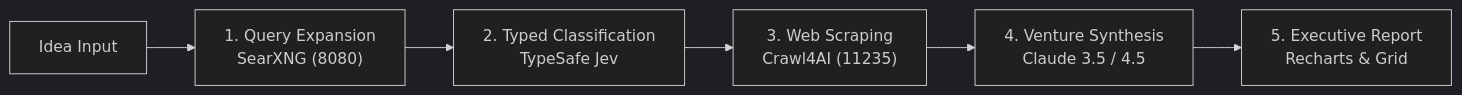
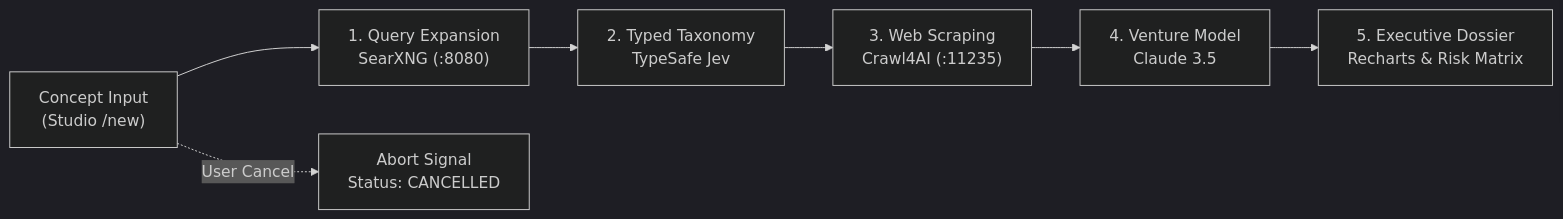
The diagram in README.md (Yashvir-13/sira), drawn with Mermaid (dark theme) before and after one commit. The commit also changed other lines of this file and 8 other files, not shown here.

````diff
--- a/README.md
+++ b/README.md
@@ -45,8 +64,10 @@
 ```mermaid
 flowchart LR
-    A["Idea Input"] --> B["1. Query Expansion<br/>SearXNG (8080)"]
-    B --> C["2. Typed Classification<br/>TypeSafe Jev"]
-    C --> D["3. Web Scraping<br/>Crawl4AI (11235)"]
-    D --> E["4. Venture Synthesis<br/>Claude 3.5 / 4.5"]
-    E --> F["5. Executive Report<br/>Recharts & Grid"]
+    A["Concept Input<br/>(Studio /new)"] --> B["1. Query Expansion<br/>SearXNG (:8080)"]
+    B --> C["2. Typed Taxonomy<br/>TypeSafe Jev"]
+    C --> D["3. Web Scraping<br/>Crawl4AI (:11235)"]
+    D --> E["4. Venture Model<br/>Claude 3.5"]
+    E --> F["5. Executive Dossier<br/>Recharts & Risk Matrix"]
+    
+    A -.->|"User Cancel"| G["Abort Signal<br/>Status: CANCELLED"]
 ```
````
